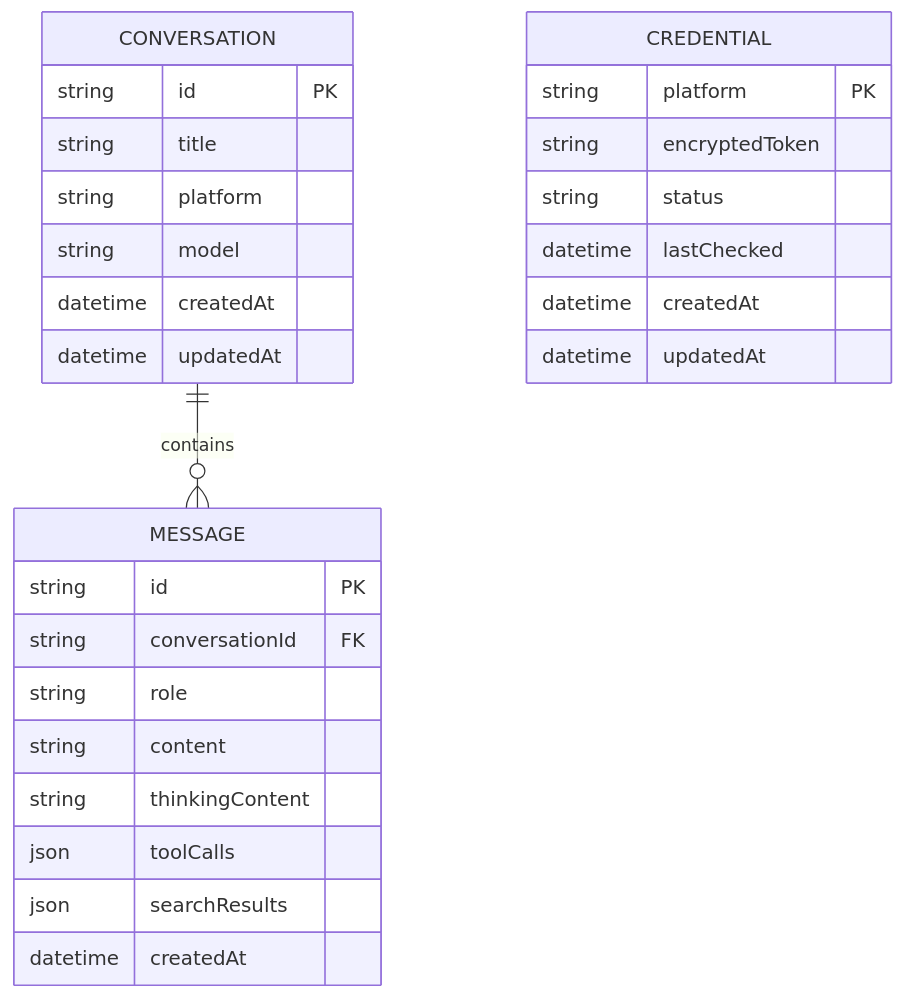
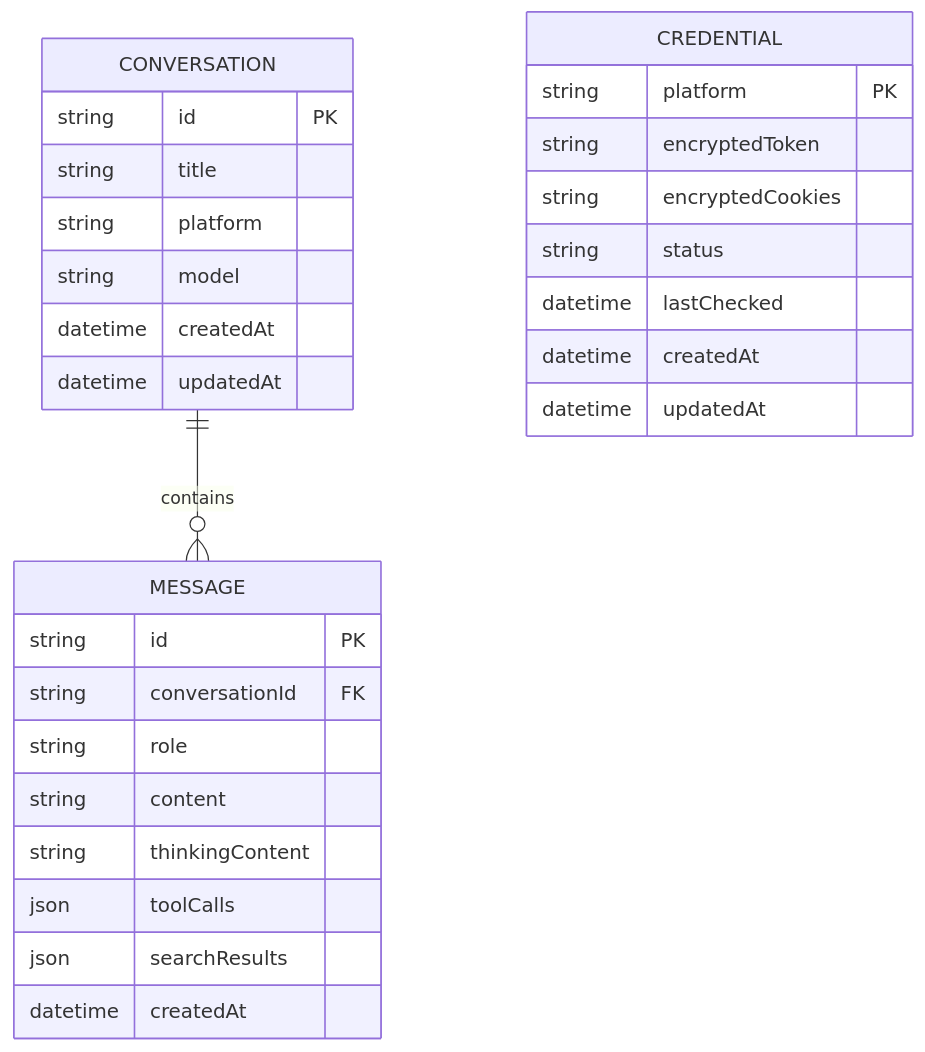
The third of 3 diagrams in zero-token-chat/.trae/documents/tech-arch.md (46w57/CloudFlare-ImgBed), drawn with Mermaid before and after one commit. The commit also changed other lines of this file and 1 other file, not shown here.

````diff
--- a/zero-token-chat/.trae/documents/tech-arch.md
+++ b/zero-token-chat/.trae/documents/tech-arch.md
@@ -183,30 +196,31 @@
 ```mermaid
 erDiagram
     CONVERSATION ||--o{ MESSAGE : contains
     CONVERSATION {
         string id PK
         string title
         string platform
         string model
         datetime createdAt
         datetime updatedAt
     }
     MESSAGE {
         string id PK
         string conversationId FK
         string role
         string content
         string thinkingContent
         json toolCalls
         json searchResults
         datetime createdAt
     }
     CREDENTIAL {
         string platform PK
         string encryptedToken
+        string encryptedCookies
         string status
         datetime lastChecked
         datetime createdAt
         datetime updatedAt
     }
 ```
````
